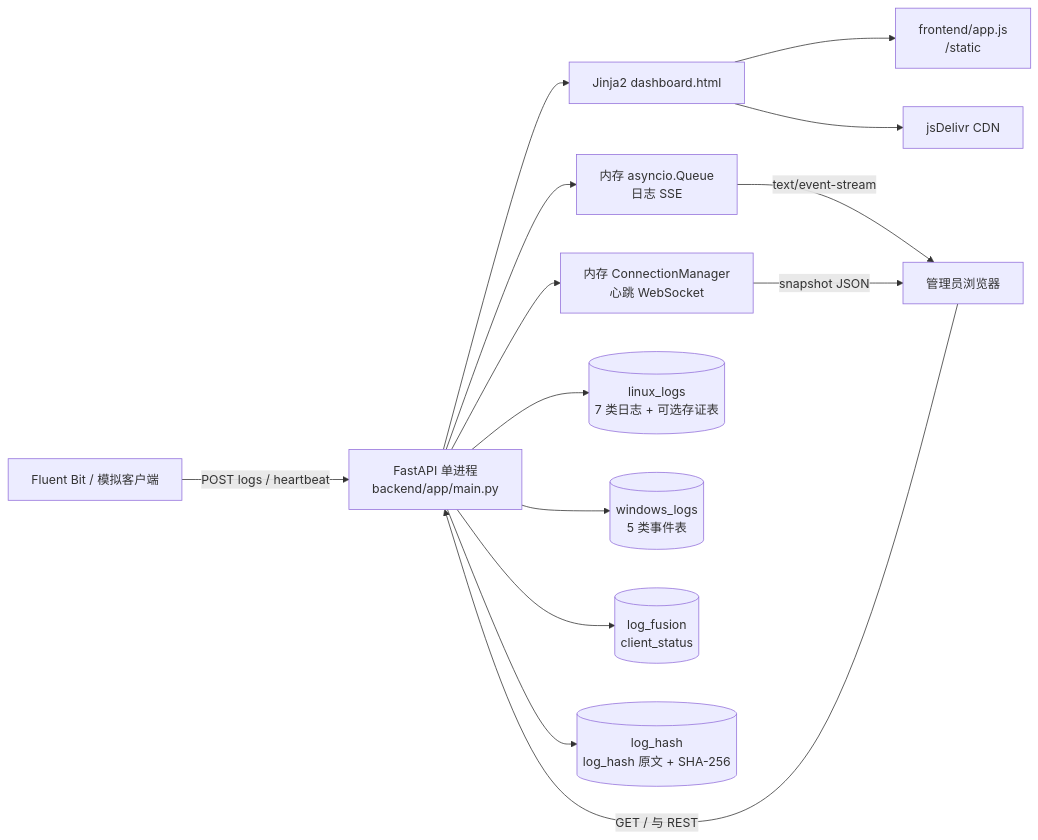
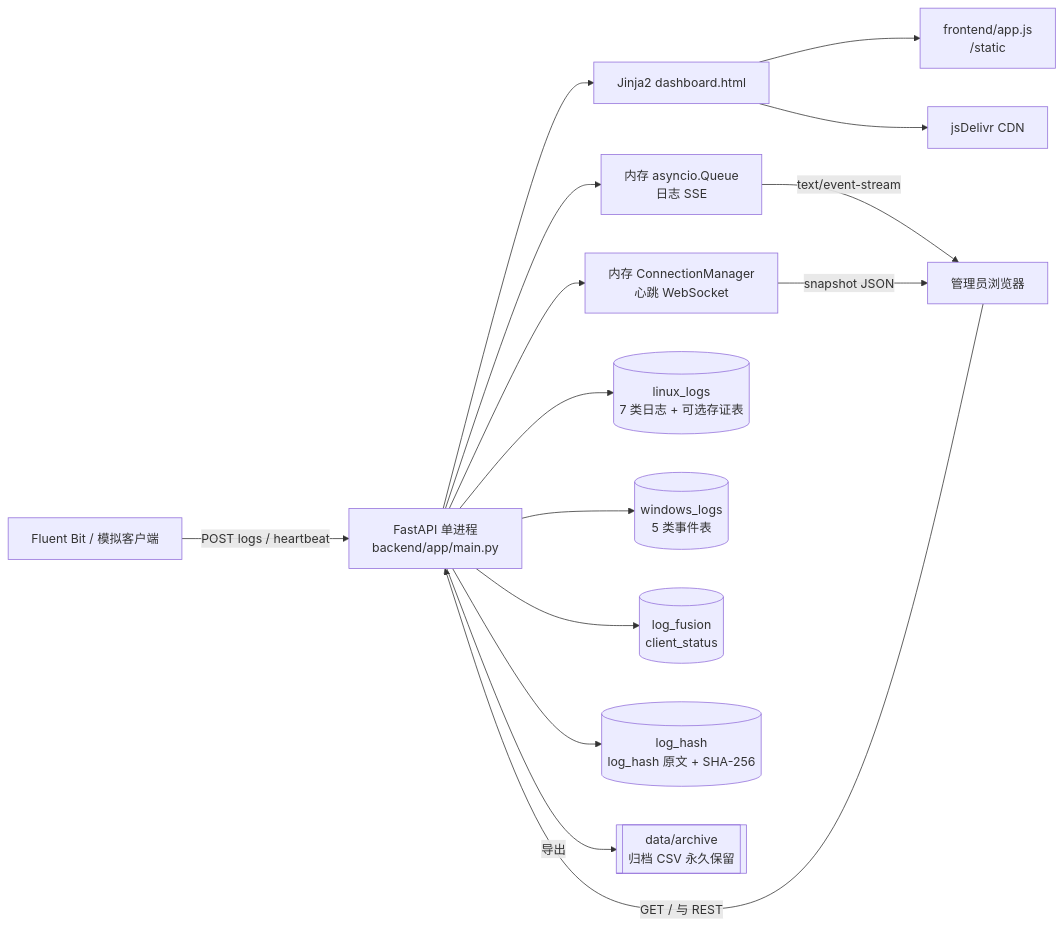
The first of 3 diagrams in docs/ARCHITECTURE.md (ironpillarsjq/log-fusion), drawn with Mermaid before and after one commit. The commit also changed other lines of this file and 17 other files, not shown here.

````diff
--- a/docs/ARCHITECTURE.md
+++ b/docs/ARCHITECTURE.md
@@ -9,29 +9,31 @@
 ```mermaid
 flowchart LR
     FB[Fluent Bit / 模拟客户端]
     Browser[管理员浏览器]
     App[FastAPI 单进程<br/>backend/app/main.py]
     Template[Jinja2 dashboard.html]
     Static[frontend/app.js<br/>/static]
     SSE[内存 asyncio.Queue<br/>日志 SSE]
     WS[内存 ConnectionManager<br/>心跳 WebSocket]
     Linux[(linux_logs<br/>7 类日志 + 可选存证表)]
     Windows[(windows_logs<br/>5 类事件表)]
     Monitor[(log_fusion<br/>client_status)]
     Hash[(log_hash<br/>log_hash 原文 + SHA-256)]
+    Archive[[data/archive<br/>归档 CSV 永久保留]]
     CDN[jsDelivr CDN]
 
     FB -->|POST logs / heartbeat| App
     Browser -->|GET / 与 REST| App
     App --> Template
     Template --> Static
     Template --> CDN
     App --> Linux
     App --> Windows
     App --> Monitor
     App --> Hash
+    App -->|导出| Archive
     App --> SSE
     App --> WS
     SSE -->|text/event-stream| Browser
     WS -->|snapshot JSON| Browser
 ```
````
